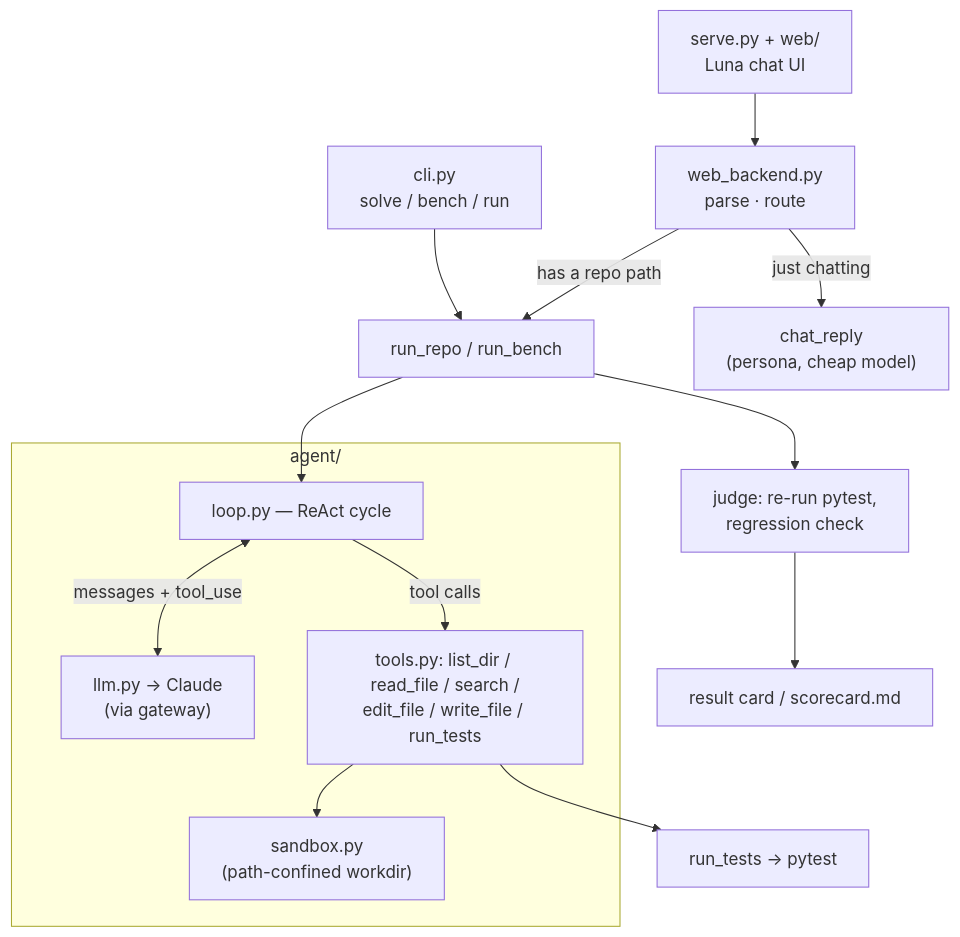
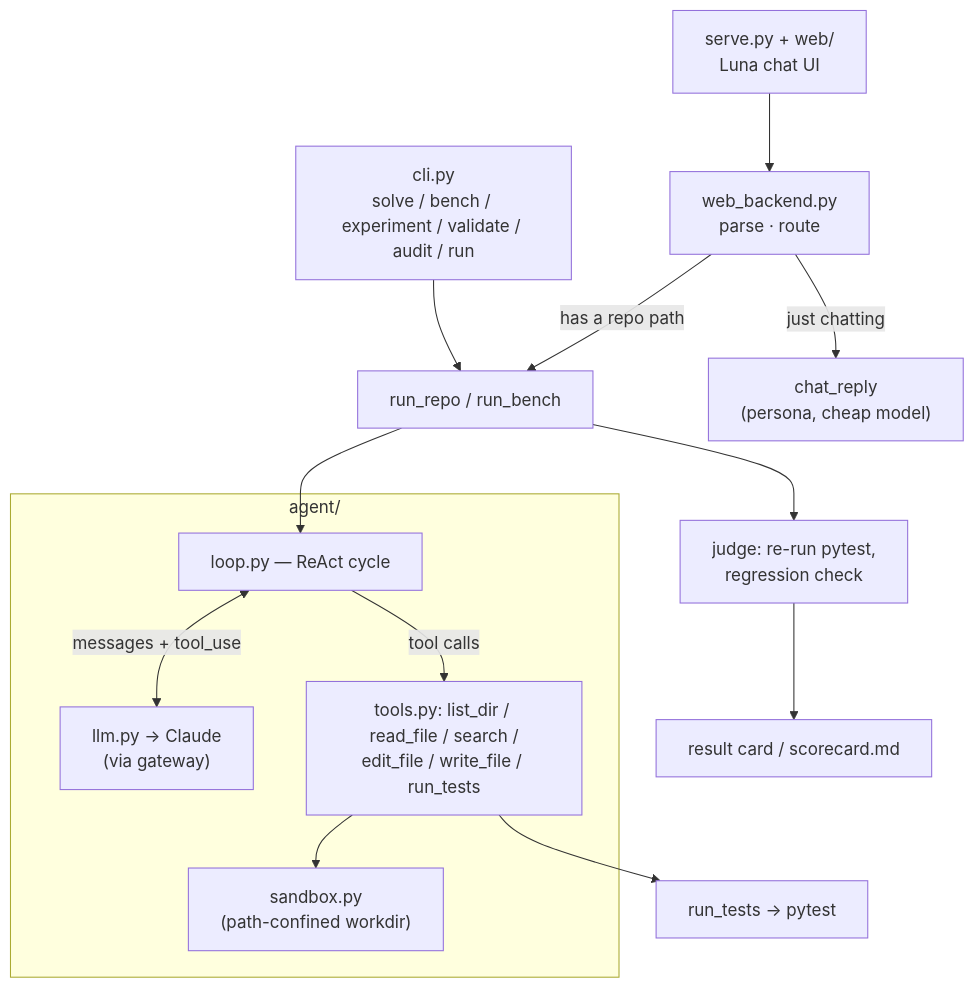
Before and after one commit to Tsukishiro-Hitomi/Luna: the first of 2 diagrams in README.md, drawn with Mermaid. The commit also changed other lines of this file and 12 other files, not shown here.

````diff
--- a/README.md
+++ b/README.md
@@ -57,17 +57,17 @@
 ```mermaid
 flowchart TD
-    cli["cli.py<br/>solve / bench / run"]
+    cli["cli.py<br/>solve / bench / experiment / validate / audit / run"]
     web["serve.py + web/<br/>Luna chat UI"] --> backend["web_backend.py<br/>parse · route"]
     backend -->|has a repo path| repo
     backend -->|just chatting| chat["chat_reply<br/>(persona, cheap model)"]
     cli --> repo["run_repo / run_bench"]
     repo --> loop
     subgraph agent["agent/"]
       loop["loop.py — ReAct cycle"] <-->|messages + tool_use| llm["llm.py → Claude<br/>(via gateway)"]
       loop -->|tool calls| tools["tools.py: list_dir / read_file / search /<br/>edit_file / write_file / run_tests"]
       tools --> sandbox["sandbox.py<br/>(path-confined workdir)"]
     end
     tools --> pytest["run_tests → pytest"]
     repo --> judge["judge: re-run pytest,<br/>regression check"]
     judge --> out["result card / scorecard.md"]
 ```
````
